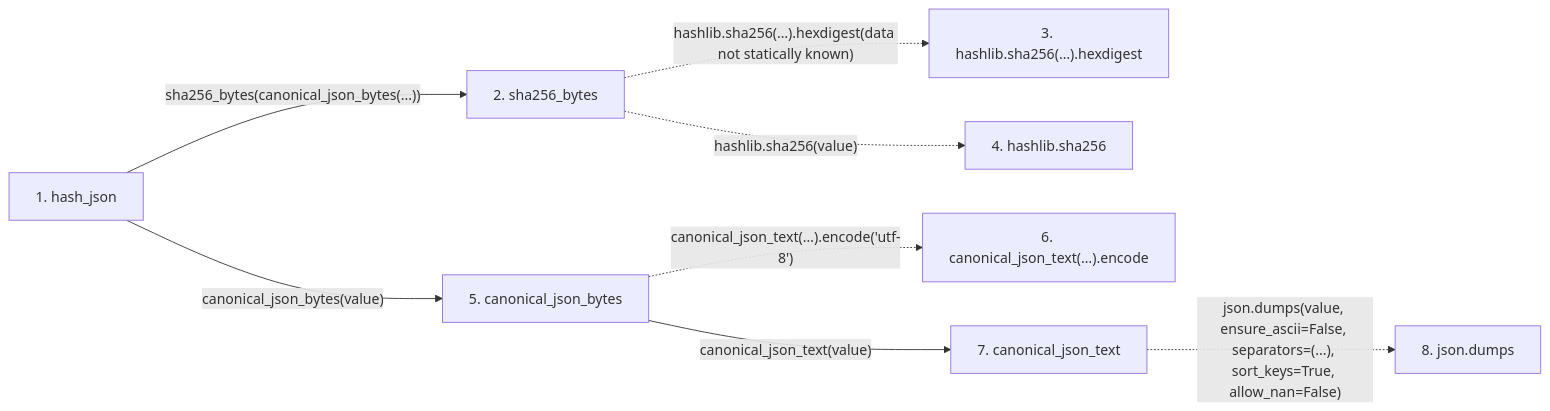
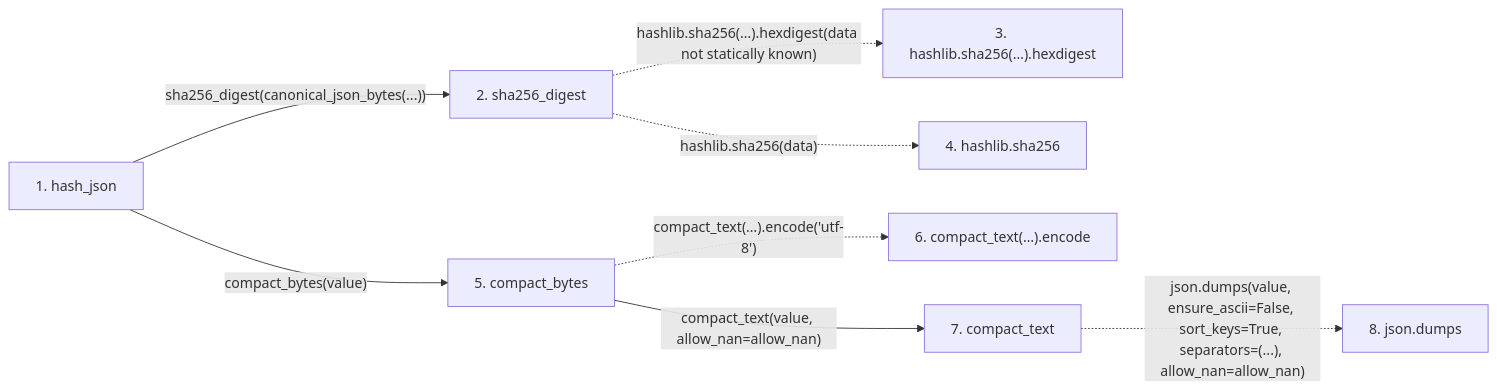
Before and after one commit to Denissvgn/python-wiki-llm: the second of 2 diagrams in docs/llm_wiki/flows/api-hash_json.md, drawn with Mermaid. The commit also changed other lines of this file and 1555 other files, not shown here.

````diff
--- a/docs/llm_wiki/flows/api-hash_json.md
+++ b/docs/llm_wiki/flows/api-hash_json.md
@@ -48,22 +48,22 @@
 ```mermaid
 flowchart LR
     s1["1. hash_json"]
-    s2["2. sha256_bytes"]
+    s2["2. sha256_digest"]
     s3["3. hashlib.sha256(…).hexdigest"]
     s4["4. hashlib.sha256"]
-    s5["5. canonical_json_bytes"]
-    s6["6. canonical_json_text(…).encode"]
-    s7["7. canonical_json_text"]
+    s5["5. compact_bytes"]
+    s6["6. compact_text(…).encode"]
+    s7["7. compact_text"]
     s8["8. json.dumps"]
-    s1 -->|"sha256_bytes(canonical_json_bytes(...))"| s2
+    s1 -->|"sha256_digest(canonical_json_bytes(...))"| s2
     s2 -. "hashlib.sha256(…).hexdigest(data not statically known)" .-> s3
-    s2 -. "hashlib.sha256(value)" .-> s4
-    s1 -->|"canonical_json_bytes(value)"| s5
-    s5 -. "canonical_json_text(…).encode('utf-8')" .-> s6
-    s5 -->|"canonical_json_text(value)"| s7
-    s7 -. "json.dumps(value, ensure_ascii=False, separators=(...), sort_keys=True, allow_nan=False)" .-> s8
+    s2 -. "hashlib.sha256(data)" .-> s4
+    s1 -->|"compact_bytes(value)"| s5
+    s5 -. "compact_text(…).encode('utf-8')" .-> s6
+    s5 -->|"compact_text(value, allow_nan=allow_nan)"| s7
+    s7 -. "json.dumps(value, ensure_ascii=False, sort_keys=True, separators=(...), allow_nan=allow_nan)" .-> s8
     click s1 "../modules/knowledge_evidence.md"
-    click s2 "../modules/knowledge_evidence.md"
-    click s5 "../modules/knowledge_evidence.md"
-    click s7 "../modules/knowledge_evidence.md"
+    click s2 "../modules/canonical_json.md"
+    click s5 "../modules/canonical_json.md"
+    click s7 "../modules/canonical_json.md"
 ```
````
